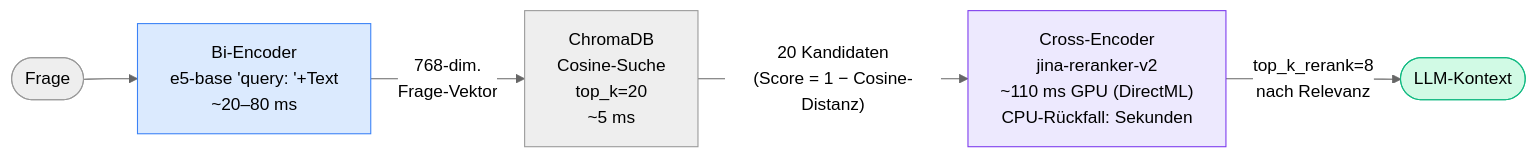
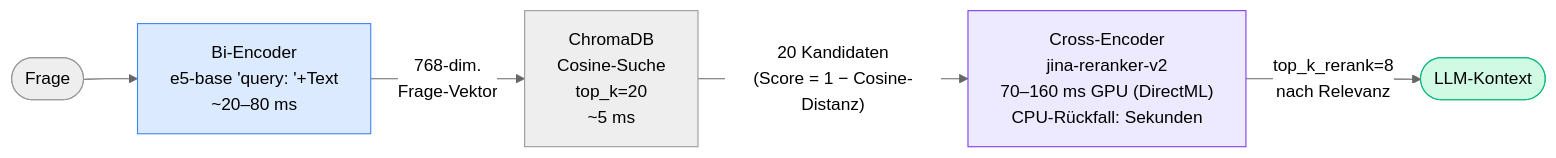
The first of 2 diagrams in docs/embedding-strategy.md (FabianHentrich/lorekeeper), drawn with Mermaid (neutral theme) before and after one commit. The commit also changed other lines of this file and 16 other files, not shown here.

````diff
--- a/docs/embedding-strategy.md
+++ b/docs/embedding-strategy.md
@@ -411,11 +419,11 @@
 ```mermaid
 flowchart LR
     Q([Frage]) --> BE["Bi-Encoder\ne5-base 'query: '+Text\n~20–80 ms"]
     BE -->|"768-dim.\nFrage-Vektor"| CS["ChromaDB\nCosine-Suche\ntop_k=20\n~5 ms"]
-    CS -->|"20 Kandidaten\n(Score = 1 − Cosine-Distanz)"| CE["Cross-Encoder\njina-reranker-v2\n~110 ms GPU (DirectML)\nCPU-Rückfall: Sekunden"]
+    CS -->|"20 Kandidaten\n(Score = 1 − Cosine-Distanz)"| CE["Cross-Encoder\njina-reranker-v2\n70–160 ms GPU (DirectML)\nCPU-Rückfall: Sekunden"]
     CE -->|"top_k_rerank=8\nnach Relevanz"| LLM([LLM-Kontext])
 
     style BE fill:#dbeafe,stroke:#3b82f6
     style CE fill:#ede9fe,stroke:#7c3aed
     style LLM fill:#d1fae5,stroke:#10b981
 ```
````
